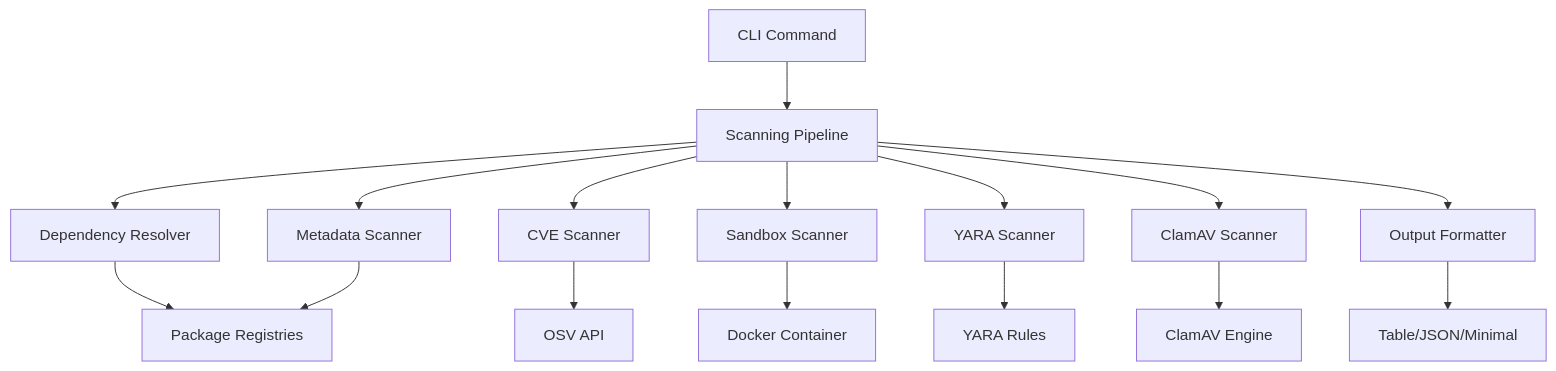
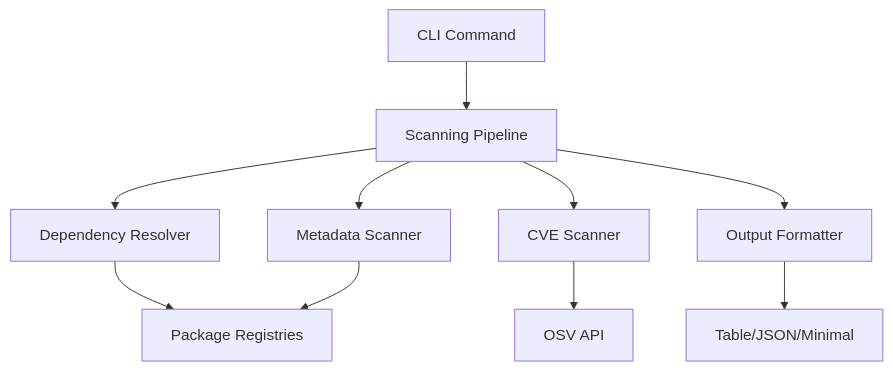
One commit to YsfDev1/DepSec changed the diagram in README.md. Above: the diagram before and after it, drawn with Mermaid. The commit also changed other lines of this file and 14 other files, not shown here.

````diff
--- a/README.md
+++ b/README.md
@@ -122,20 +118,14 @@
 ```mermaid
 graph TD
     A[CLI Command] --> B[Scanning Pipeline]
     B --> C[Dependency Resolver]
     B --> D[CVE Scanner]
     B --> E[Metadata Scanner]
-    B --> F[Sandbox Scanner]
-    B --> G[YARA Scanner]
-    B --> H[ClamAV Scanner]
     
     C --> I[Package Registries]
     D --> J[OSV API]
     E --> I
-    F --> K[Docker Container]
-    G --> L[YARA Rules]
-    H --> M[ClamAV Engine]
     
     B --> N[Output Formatter]
     N --> O[Table/JSON/Minimal]
 ```
````
